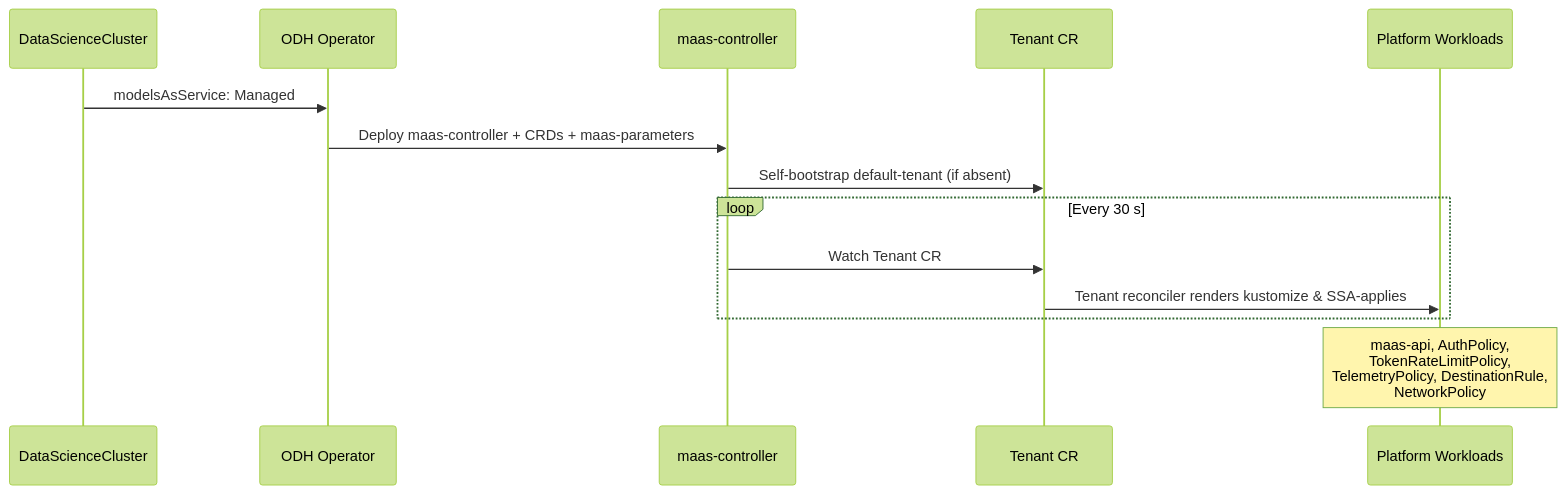
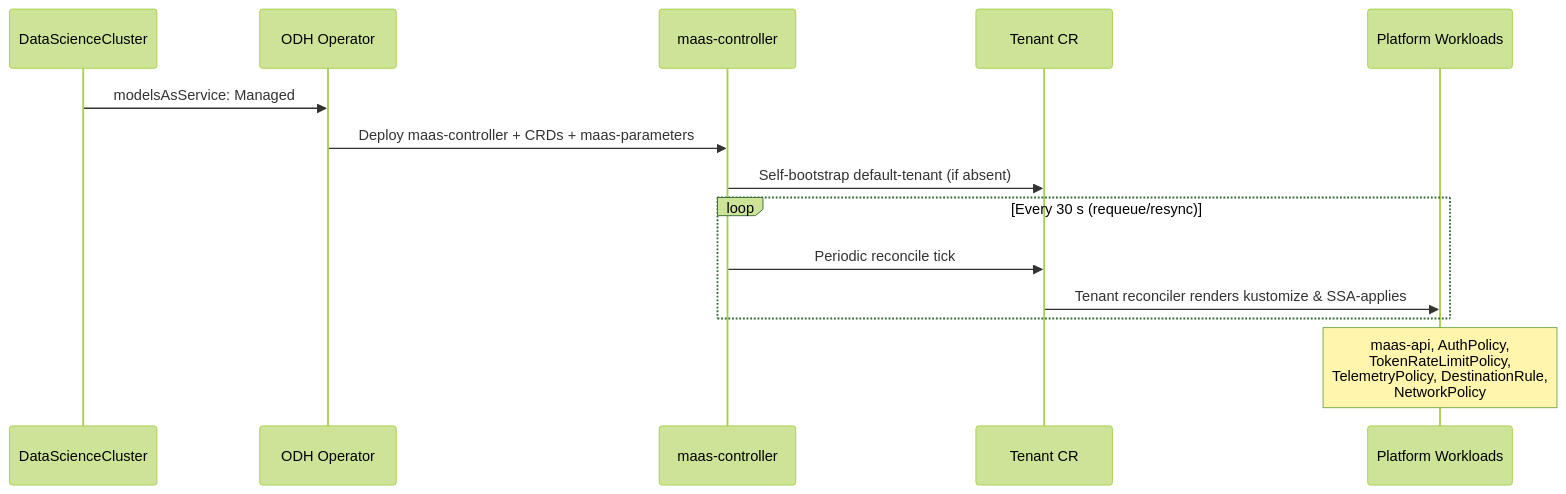
One commit to opendatahub-io/models-as-a-service changed the first of 5 diagrams in docs/content/architecture-internals/controller-architecture.md. Above: the diagram before and after it, drawn with Mermaid (forest theme). The commit also changed other lines of this file, not shown here.

First line of the commit message:
RHOAIENG-59868: clarify watch vs reconcile semantics and fix hyphenation

````diff
--- a/docs/content/architecture-internals/controller-architecture.md
+++ b/docs/content/architecture-internals/controller-architecture.md
@@ -42,17 +42,17 @@
 ```mermaid
 sequenceDiagram
     participant DSC as DataScienceCluster
     participant Op as ODH Operator
     participant Ctrl as maas-controller
     participant T as Tenant CR
     participant Plat as Platform Workloads
 
     DSC->>Op: modelsAsService: Managed
     Op->>Ctrl: Deploy maas-controller + CRDs + maas-parameters
     Ctrl->>T: Self-bootstrap default-tenant (if absent)
-    loop Every 30 s
-        Ctrl->>T: Watch Tenant CR
+    loop Every 30 s (requeue/resync)
+        Ctrl->>T: Periodic reconcile tick
         T->>Plat: Tenant reconciler renders kustomize & SSA-applies
     end
     Note over Plat: maas-api, AuthPolicy,<br/>TokenRateLimitPolicy,<br/>TelemetryPolicy, DestinationRule,<br/>NetworkPolicy
 ```
````
